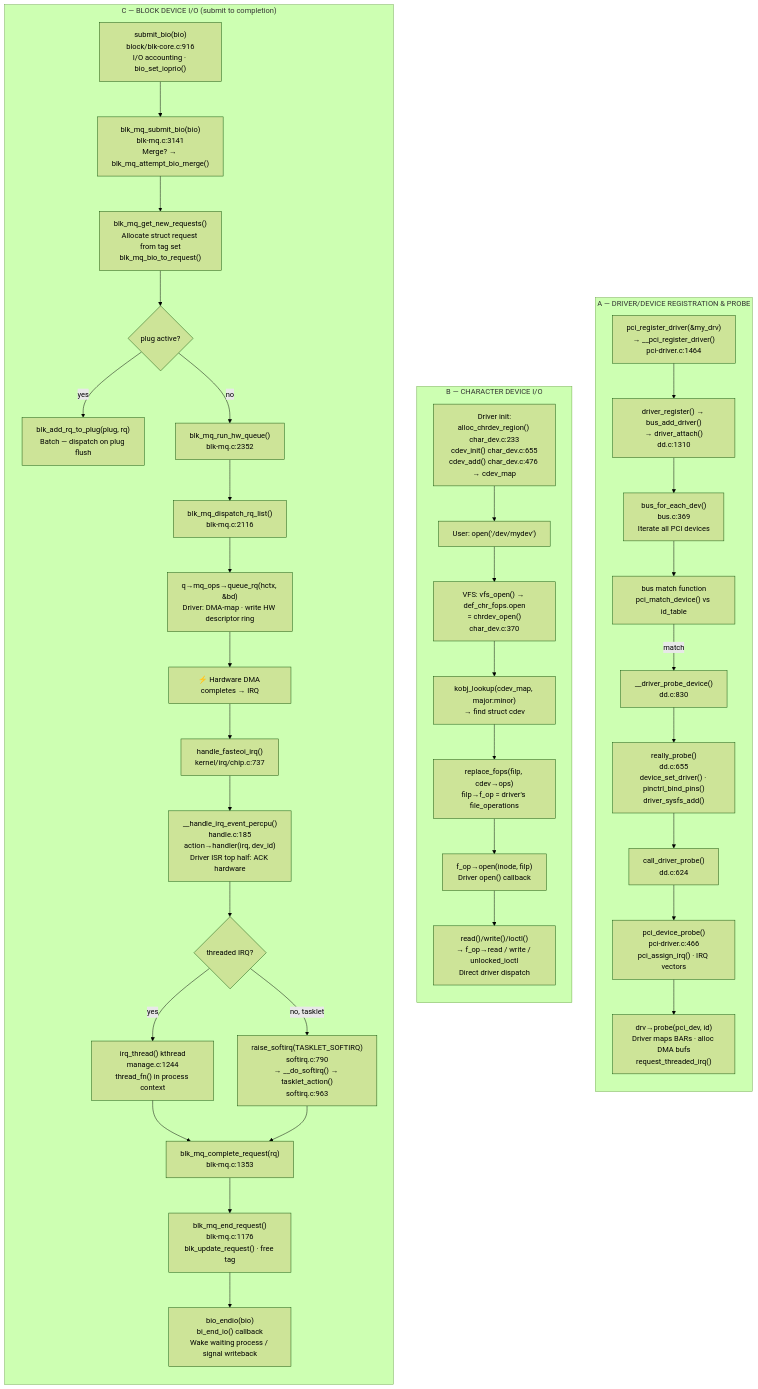
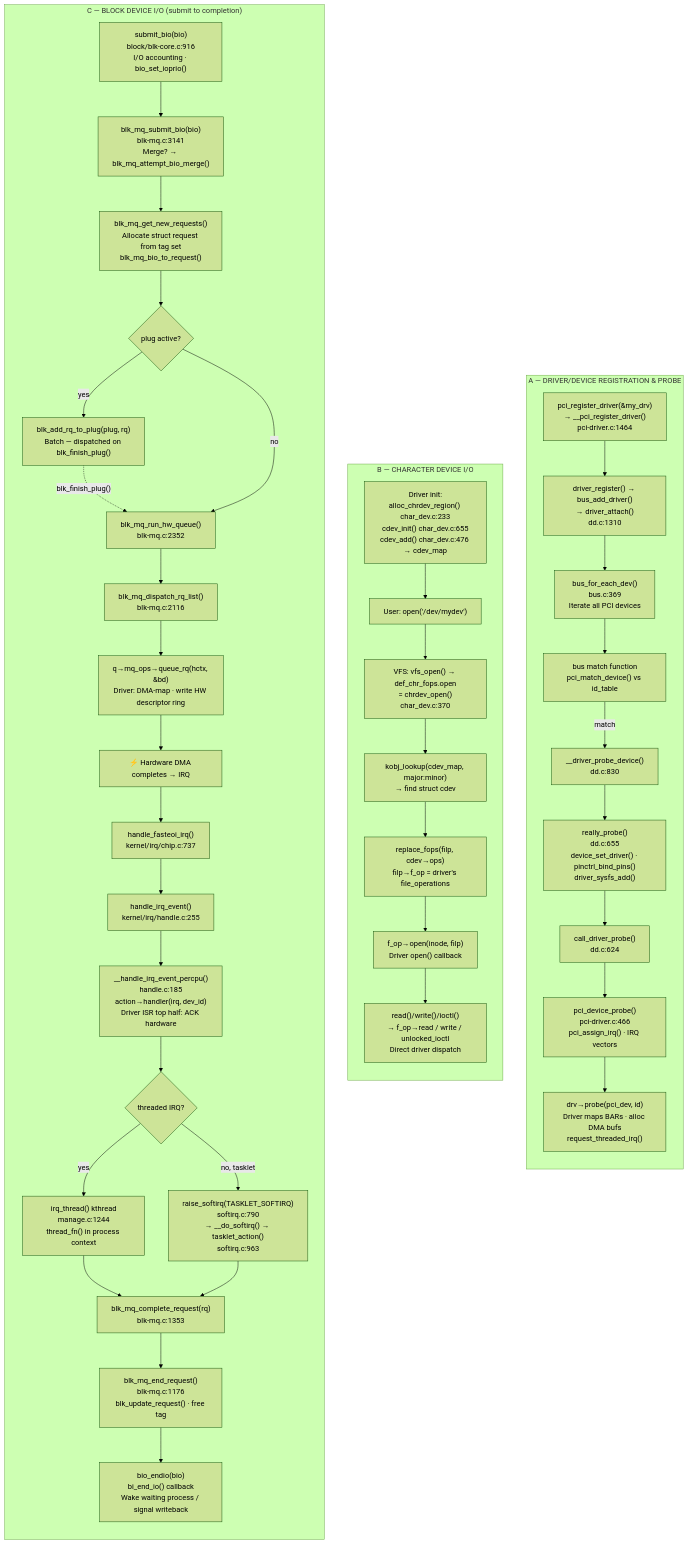
Before and after one commit to 5ujinKang/5ujinkang.github.io: the third of 3 diagrams in _posts/2026-05-05-linux-kernel-subsystem-analysis.md, drawn with Mermaid (forest theme). The commit also changed other lines of this file and 3 other files, not shown here.

```diff
--- a/_posts/2026-05-05-linux-kernel-subsystem-analysis.md
+++ b/_posts/2026-05-05-linux-kernel-subsystem-analysis.md
@@ -766,48 +792,50 @@
 <div class="mermaid">
 flowchart TD
     subgraph REG["A — DRIVER/DEVICE REGISTRATION & PROBE"]
         direction TB
         DR1["pci_register_driver(&my_drv)<br/>→ __pci_register_driver()<br/>pci-driver.c:1464"]
         DR1 --> DR2["driver_register() → bus_add_driver()<br/>→ driver_attach()<br/>dd.c:1310"]
         DR2 --> DR3["bus_for_each_dev()<br/>bus.c:369<br/>Iterate all PCI devices"]
         DR3 --> DR4["bus match function<br/>pci_match_device() vs id_table"]
         DR4 -->|match| DR5["__driver_probe_device()<br/>dd.c:830"]
         DR5 --> DR6["really_probe()<br/>dd.c:655<br/>device_set_driver() · pinctrl_bind_pins()<br/>driver_sysfs_add()"]
         DR6 --> DR7["call_driver_probe()<br/>dd.c:624"]
         DR7 --> DR8["pci_device_probe()<br/>pci-driver.c:466<br/>pci_assign_irq() · IRQ vectors"]
         DR8 --> DR9["drv→probe(pci_dev, id)<br/>Driver maps BARs · alloc DMA bufs<br/>request_threaded_irq()"]
     end
 
     subgraph CHR["B — CHARACTER DEVICE I/O"]
         direction TB
         CH1["Driver init:<br/>alloc_chrdev_region() char_dev.c:233<br/>cdev_init() char_dev.c:655<br/>cdev_add() char_dev.c:476 → cdev_map"]
         CH1 --> CH2["User: open('/dev/mydev')"]
         CH2 --> CH3["VFS: vfs_open() → def_chr_fops.open<br/>= chrdev_open()<br/>char_dev.c:370"]
         CH3 --> CH4["kobj_lookup(cdev_map, major:minor)<br/>→ find struct cdev"]
         CH4 --> CH5["replace_fops(filp, cdev→ops)<br/>filp→f_op = driver's file_operations"]
         CH5 --> CH6["f_op→open(inode, filp)<br/>Driver open() callback"]
         CH6 --> CH7["read()/write()/ioctl()<br/>→ f_op→read / write / unlocked_ioctl<br/>Direct driver dispatch"]
     end
 
     subgraph BLK["C — BLOCK DEVICE I/O (submit to completion)"]
         direction TB
         BL1["submit_bio(bio)<br/>block/blk-core.c:916<br/>I/O accounting · bio_set_ioprio()"]
         BL1 --> BL2["blk_mq_submit_bio(bio)<br/>blk-mq.c:3141<br/>Merge? → blk_mq_attempt_bio_merge()"]
         BL2 --> BL3["blk_mq_get_new_requests()<br/>Allocate struct request from tag set<br/>blk_mq_bio_to_request()"]
         BL3 --> BL4{plug active?}
-        BL4 -->|yes| BL5["blk_add_rq_to_plug(plug, rq)<br/>Batch — dispatch on plug flush"]
+        BL4 -->|yes| BL5["blk_add_rq_to_plug(plug, rq)<br/>Batch — dispatched on blk_finish_plug()"]
+        BL5 -.->|"blk_finish_plug()"| BL6
         BL4 -->|no| BL6["blk_mq_run_hw_queue()<br/>blk-mq.c:2352"]
         BL6 --> BL7["blk_mq_dispatch_rq_list()<br/>blk-mq.c:2116"]
         BL7 --> BL8["q→mq_ops→queue_rq(hctx, &bd)<br/>Driver: DMA-map · write HW descriptor ring"]
         BL8 --> BL9["⚡ Hardware DMA completes → IRQ"]
         BL9 --> BL10["handle_fasteoi_irq()<br/>kernel/irq/chip.c:737"]
-        BL10 --> BL11["__handle_irq_event_percpu()<br/>handle.c:185<br/>action→handler(irq, dev_id)<br/>Driver ISR top half: ACK hardware"]
+        BL10 --> BL10b["handle_irq_event()<br/>kernel/irq/handle.c:255"]
+        BL10b --> BL11["__handle_irq_event_percpu()<br/>handle.c:185<br/>action→handler(irq, dev_id)<br/>Driver ISR top half: ACK hardware"]
         BL11 --> BL12{threaded IRQ?}
         BL12 -->|yes| BL13["irq_thread() kthread<br/>manage.c:1244<br/>thread_fn() in process context"]
         BL12 -->|no, tasklet| BL14["raise_softirq(TASKLET_SOFTIRQ)<br/>softirq.c:790<br/>→ __do_softirq() → tasklet_action()<br/>softirq.c:963"]
         BL13 --> BL15["blk_mq_complete_request(rq)<br/>blk-mq.c:1353"]
         BL14 --> BL15
         BL15 --> BL16["blk_mq_end_request()<br/>blk-mq.c:1176<br/>blk_update_request() · free tag"]
         BL16 --> BL17["bio_endio(bio)<br/>bi_end_io() callback<br/>Wake waiting process / signal writeback"]
     end
 </div>
```
